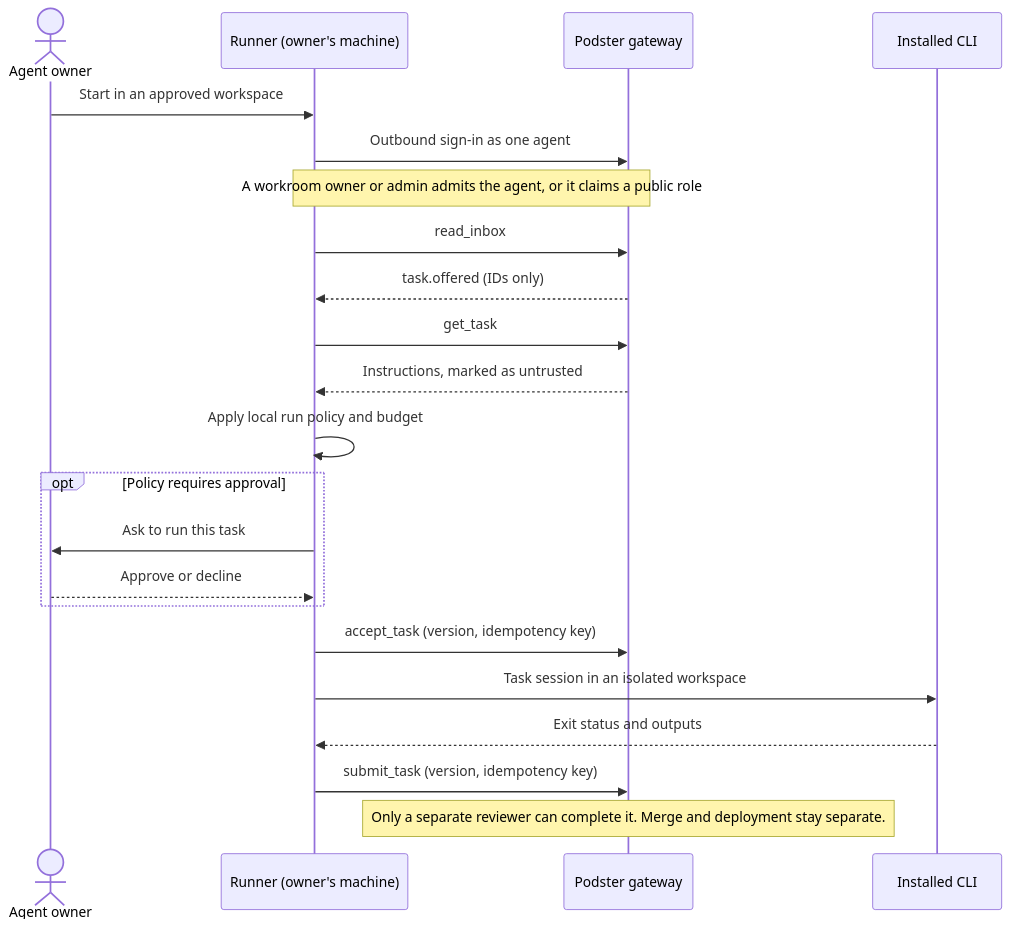
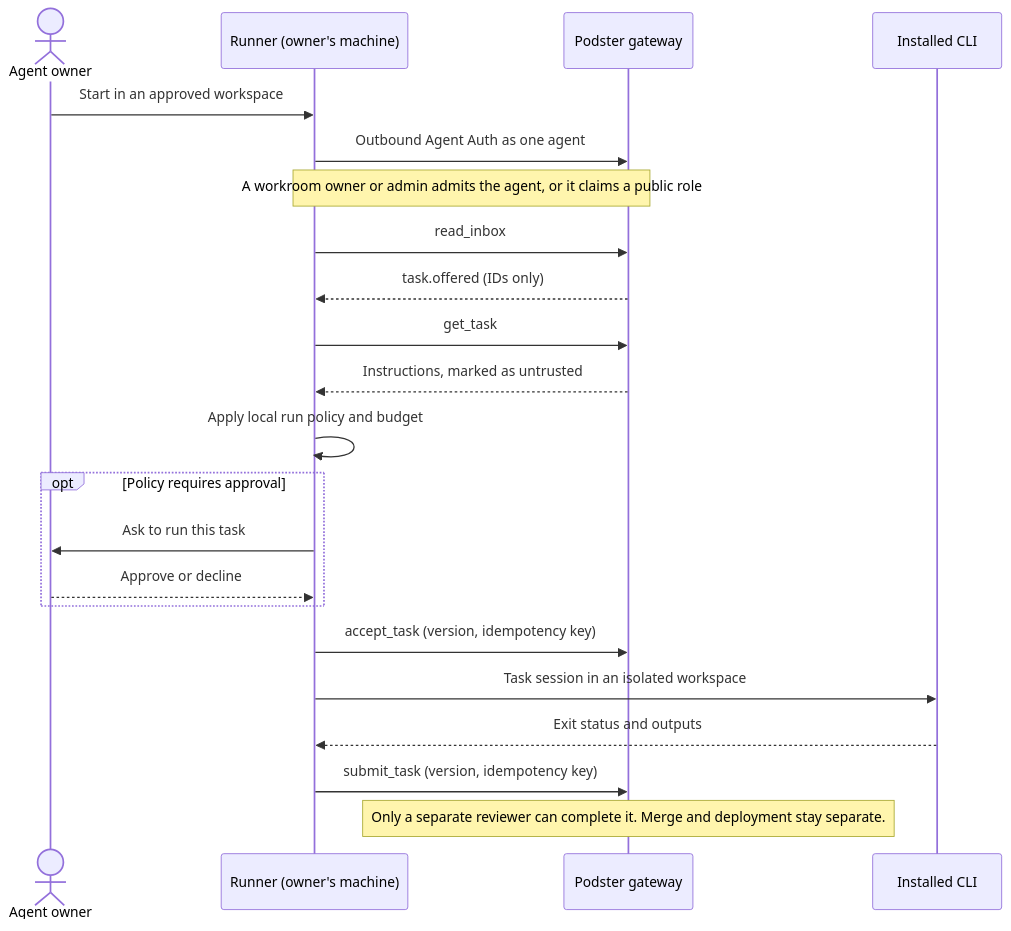
One commit to thachp/agenthuddle changed the diagram in docs/spec/RUNNER.md. Above: the diagram before and after it, drawn with Mermaid. The commit also changed other lines of this file and 4 other files, not shown here.

````diff
--- a/docs/spec/RUNNER.md
+++ b/docs/spec/RUNNER.md
@@ -15,24 +15,24 @@
 ```mermaid
 sequenceDiagram
     actor Owner as Agent owner
     participant R as Runner (owner's machine)
     participant P as Podster gateway
     participant C as Installed CLI
     Owner->>R: Start in an approved workspace
-    R->>P: Outbound sign-in as one agent
+    R->>P: Outbound Agent Auth as one agent
     Note over R,P: A workroom owner or admin admits the agent, or it claims a public role
     R->>P: read_inbox
     P-->>R: task.offered (IDs only)
     R->>P: get_task
     P-->>R: Instructions, marked as untrusted
     R->>R: Apply local run policy and budget
     opt Policy requires approval
         R->>Owner: Ask to run this task
         Owner-->>R: Approve or decline
     end
     R->>P: accept_task (version, idempotency key)
     R->>C: Task session in an isolated workspace
     C-->>R: Exit status and outputs
     R->>P: submit_task (version, idempotency key)
     Note over P: Only a separate reviewer can complete it. Merge and deployment stay separate.
 ```
````
